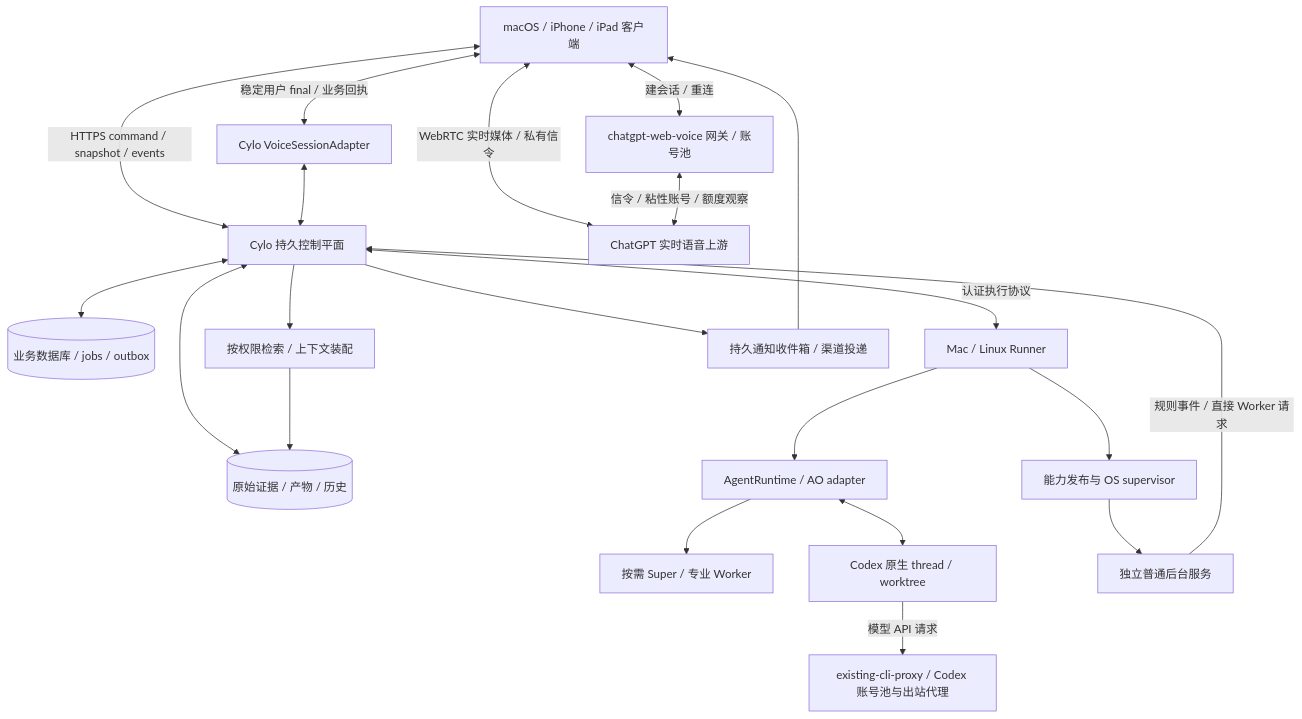
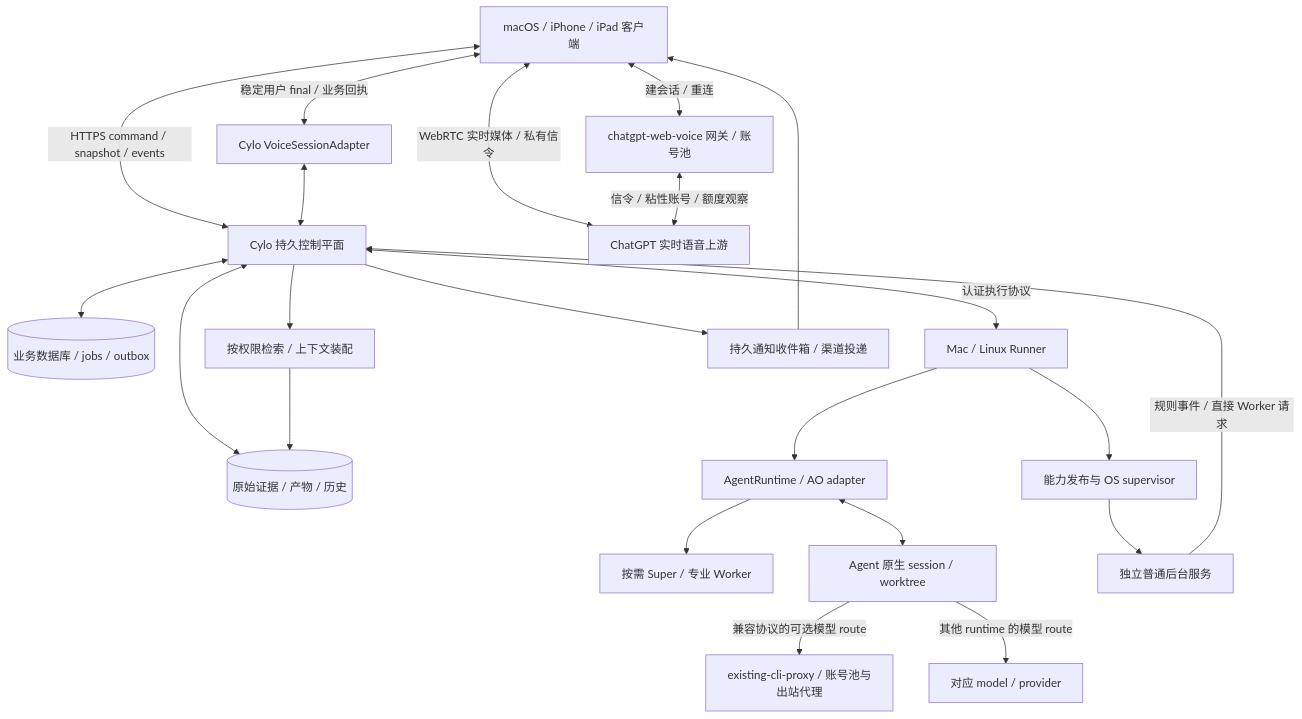
Before and after one commit to ronigooja/Cylo: the diagram in Cylo-实现调研与架构方案.md, drawn with Mermaid. The commit also changed other lines of this file and 4 other files, not shown here.

Commit message:
docs: clarify AO multi-agent and provider boundaries

````diff
--- a/Cylo-实现调研与架构方案.md
+++ b/Cylo-实现调研与架构方案.md
@@ -41,23 +41,24 @@
 ```mermaid
 flowchart TB
   UI[macOS / iPhone / iPad 客户端] <-->|HTTPS command / snapshot / events| C[Cylo 持久控制平面]
   UI <-->|WebRTC 实时媒体 / 私有信令| U[ChatGPT 实时语音上游]
   UI <-->|建会话 / 重连| G[chatgpt-web-voice 网关 / 账号池]
   G <-->|信令 / 粘性账号 / 额度观察| U
   UI <-->|稳定用户 final / 业务回执| V[Cylo VoiceSessionAdapter]
   V <--> C
   C <--> D[(业务数据库 / jobs / outbox)]
   C <--> E[(原始证据 / 产物 / 历史)]
   C --> M[按权限检索 / 上下文装配]
   M --> E
   C <-->|认证执行协议| R[Mac / Linux Runner]
   R --> A[AgentRuntime / AO adapter]
   A --> S[按需 Super / 专业 Worker]
-  A <--> X[Codex 原生 thread / worktree]
-  X -->|模型 API 请求| PX[existing-cli-proxy / Codex 账号池与出站代理]
+  A <--> X[Agent 原生 session / worktree]
+  X -->|兼容协议的可选模型 route| PX[existing-cli-proxy / 账号池与出站代理]
+  X -->|其他 runtime 的模型 route| MP[对应 model / provider]
   R --> P[能力发布与 OS supervisor]
   P --> B[独立普通后台服务]
   B -->|规则事件 / 直接 Worker 请求| C
   C --> N[持久通知收件箱 / 渠道投递]
   N --> UI
 ```
````
